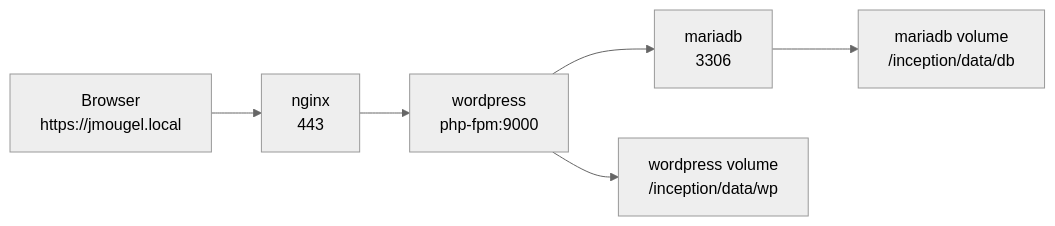
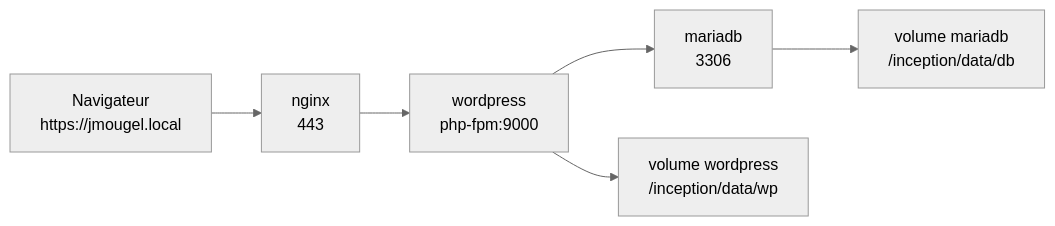
The first of 2 diagrams in README.md (jasonmgl/inception), drawn with Mermaid (neutral theme) before and after one commit. The commit also changed other lines of this file and 5 other files, not shown here.

````diff
--- a/README.md
+++ b/README.md
@@ -180,8 +182,8 @@
 ```mermaid
 flowchart LR
-    Browser["Browser<br/>https://jmougel.local"] --> Nginx["nginx<br/>443"]
+    Browser["Navigateur<br/>https://jmougel.local"] --> Nginx["nginx<br/>443"]
     Nginx --> WordPress["wordpress<br/>php-fpm:9000"]
     WordPress --> MariaDB["mariadb<br/>3306"]
-    WordPress --> WPVolume["wordpress volume<br/>/inception/data/wp"]
-    MariaDB --> DBVolume["mariadb volume<br/>/inception/data/db"]
+    WordPress --> WPVolume["volume wordpress<br/>/inception/data/wp"]
+    MariaDB --> DBVolume["volume mariadb<br/>/inception/data/db"]
 ```
````
